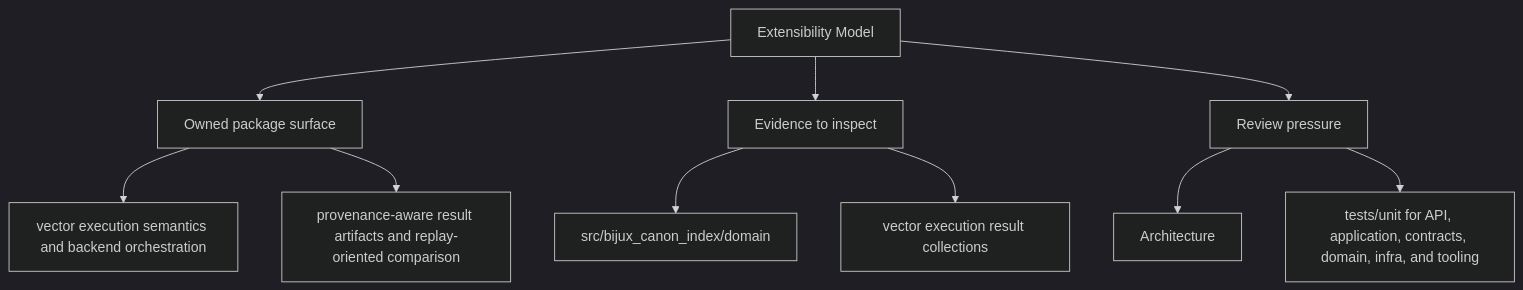
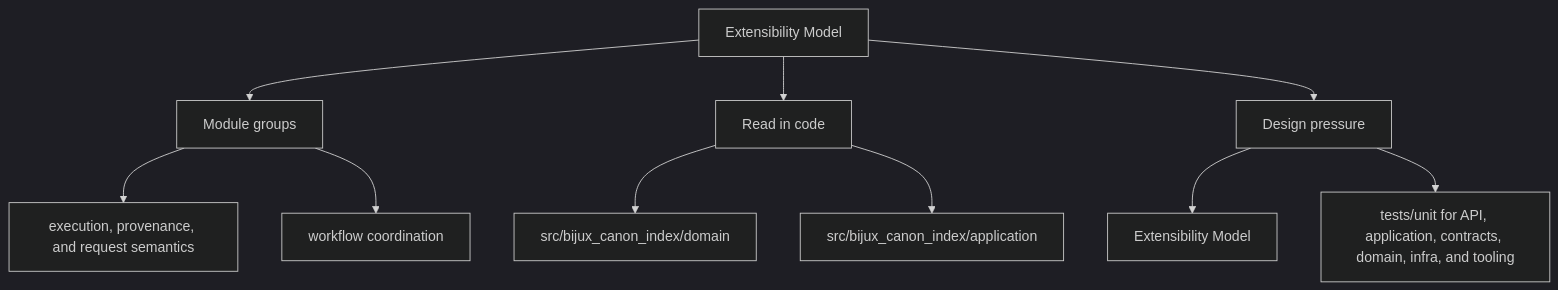
Before and after one commit to bijux/bijux-canon: the second of 2 diagrams in docs/bijux-canon-index/architecture/extensibility-model.md, drawn with Mermaid (dark theme). The commit also changed other lines of this file and 250 other files, not shown here.

Commit message:
docs(diagrams): make product page maps more readable

````diff
--- a/docs/bijux-canon-index/architecture/extensibility-model.md
+++ b/docs/bijux-canon-index/architecture/extensibility-model.md
@@ -34,22 +34,22 @@
 ```mermaid
 flowchart TD
     page["Extensibility Model"]
-    focus1["Owned package surface"]
+    focus1["Module groups"]
     page --> focus1
-    focus1_1["vector execution semantics and backend orchestration"]
+    focus1_1["execution, provenance, and request semantics"]
     focus1 --> focus1_1
-    focus1_2["provenance-aware result artifacts and replay-oriented comparison"]
+    focus1_2["workflow coordination"]
     focus1 --> focus1_2
-    focus2["Evidence to inspect"]
+    focus2["Read in code"]
     page --> focus2
     focus2_1["src/bijux_canon_index/domain"]
     focus2 --> focus2_1
-    focus2_2["vector execution result collections"]
+    focus2_2["src/bijux_canon_index/application"]
     focus2 --> focus2_2
-    focus3["Review pressure"]
+    focus3["Design pressure"]
     page --> focus3
-    focus3_1["Architecture"]
+    focus3_1["Extensibility Model"]
     focus3 --> focus3_1
     focus3_2["tests/unit for API, application, contracts, domain, infra, and tooling"]
     focus3 --> focus3_2
 ```
````
